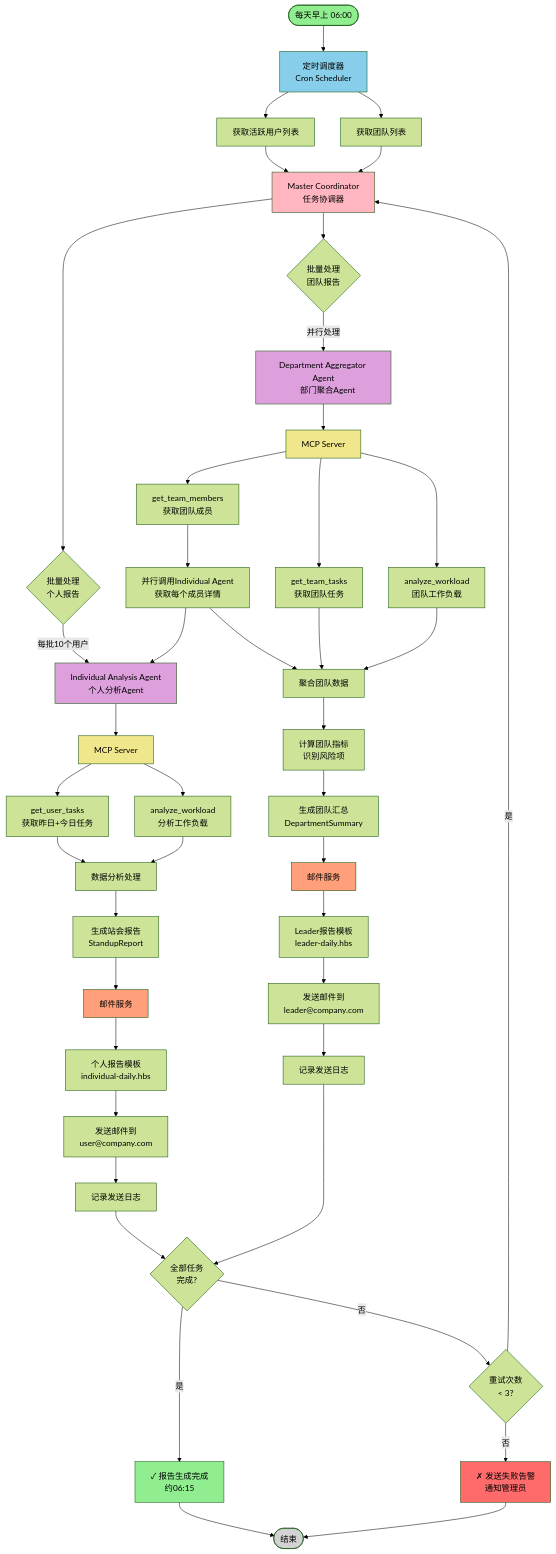
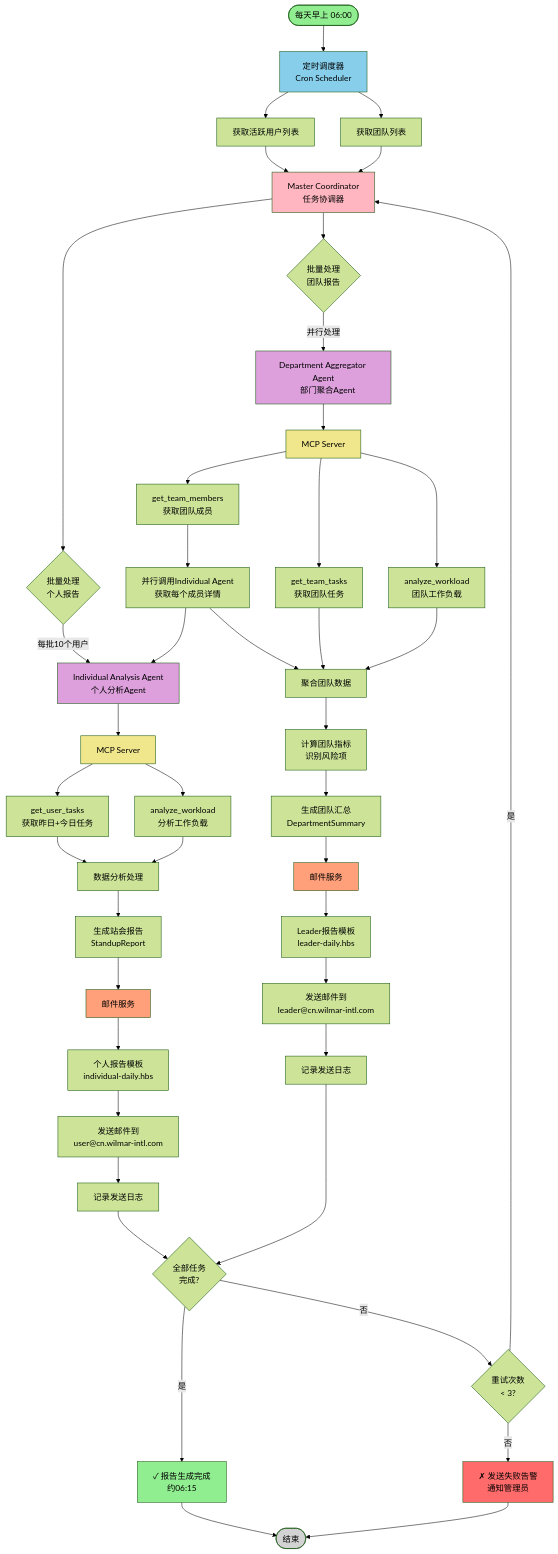
Before and after one commit to mrzhangmian/neturl: the first of 9 diagrams in t.md, drawn with Mermaid (forest theme). The commit also changed other lines of this file, not shown here.

```diff
--- a/t.md
+++ b/t.md
@@ -38,7 +38,7 @@
     EmailService1 --> Template1["个人报告模板
     individual-daily.hbs"]
     Template1 --> SendEmail1["发送邮件到
-    user@company.com"]
+    user@cn.wilmar-intl.com"]
 
     SendEmail1 --> LogEmail1[记录发送日志]
 
@@ -70,7 +70,7 @@
     EmailService2 --> Template2["Leader报告模板
     leader-daily.hbs"]
     Template2 --> SendEmail2["发送邮件到
-    leader@company.com"]
+    leader@cn.wilmar-intl.com"]
 
     SendEmail2 --> LogEmail2[记录发送日志]
 
```
